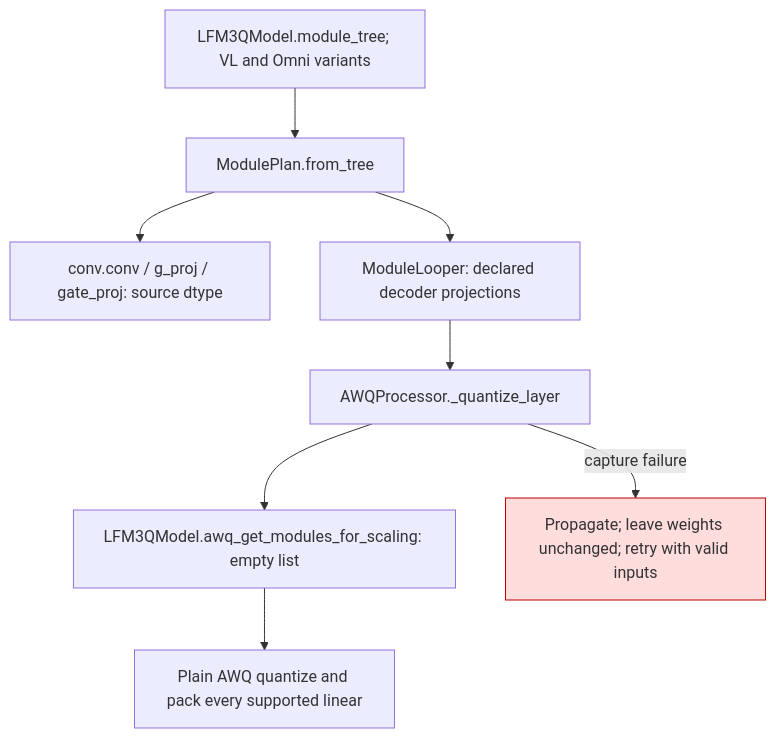
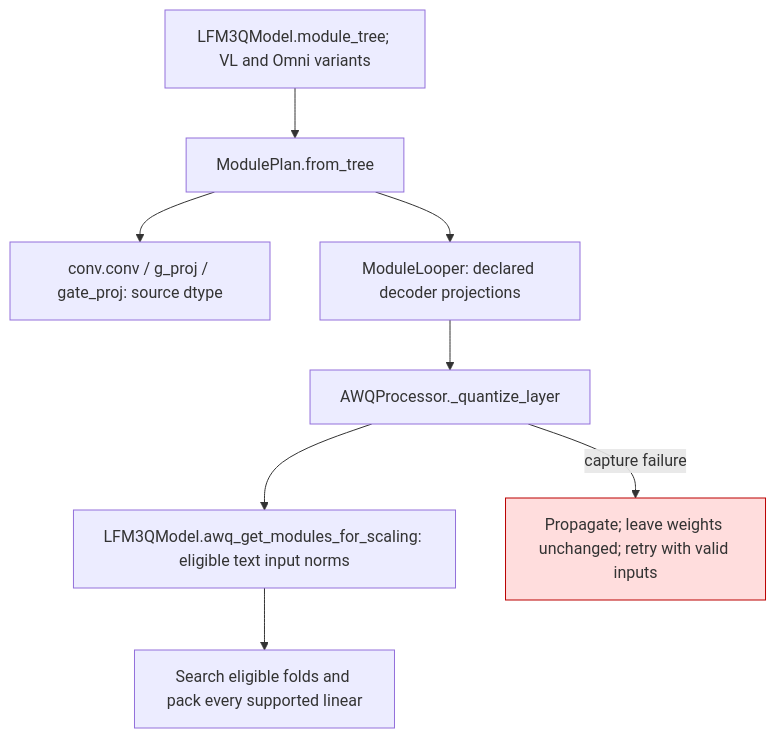
One commit to ModelCloud/GPTQModel changed diagram 19 of 34 in docs/transformers5-model-ports.md. Above: the diagram before and after it, drawn with Mermaid. The commit also changed other lines of this file and 53 other files, not shown here.

````diff
--- a/docs/transformers5-model-ports.md
+++ b/docs/transformers5-model-ports.md
@@ -985,12 +985,12 @@
 ```mermaid
 flowchart TD
     A["LFM3QModel.module_tree; VL and Omni variants"] --> P["ModulePlan.from_tree"]
     P --> K["conv.conv / g_proj / gate_proj: source dtype"]
     P --> L["ModuleLooper: declared decoder projections"]
     L --> Q["AWQProcessor._quantize_layer"]
-    Q --> Z["LFM3QModel.awq_get_modules_for_scaling: empty list"]
-    Z --> W["Plain AWQ quantize and pack every supported linear"]
+    Q --> Z["LFM3QModel.awq_get_modules_for_scaling: eligible text input norms"]
+    Z --> W["Search eligible folds and pack every supported linear"]
     Q -->|capture failure| X["Propagate; leave weights unchanged; retry with valid inputs"]
     classDef failure fill:#fdd,stroke:#b00
     class X failure
 ```
````
